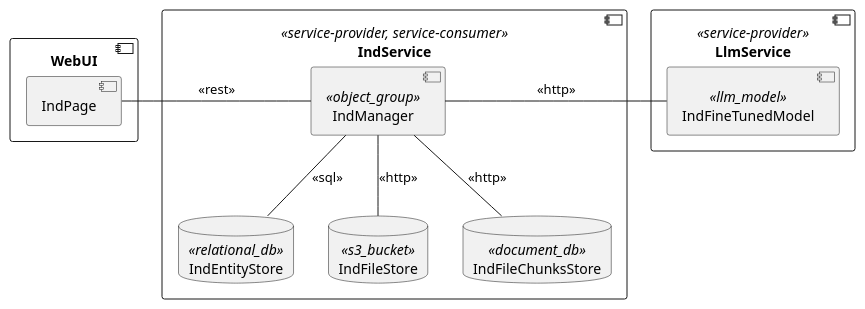
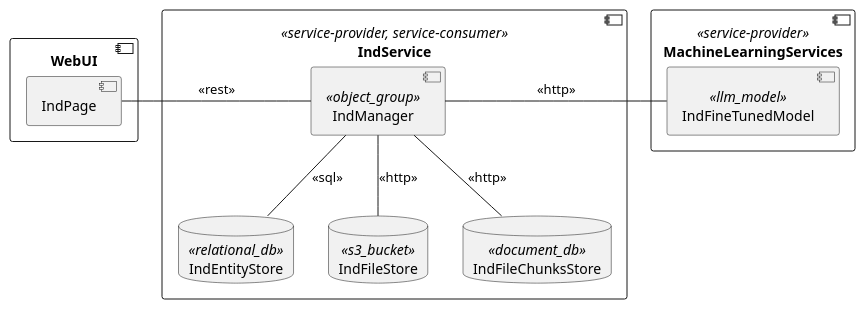
One commit to nruzic-rokolabs/dhc-synthesis-docs changed the sixth of 12 diagrams in architecture-description.adoc. Above: the diagram before and after it, drawn with PlantUML. The commit also changed other lines of this file, not shown here.

```diff
--- a/architecture-description.adoc
+++ b/architecture-description.adoc
@@ -360,27 +418,27 @@
 [plantuml]
 ....
 @startuml
 top to bottom direction
 
 component WebUI {
  component IndPage
 }
 
 component IndService <<service-provider, service-consumer>> {
  component IndManager<<object_group>>
  database IndEntityStore<<relational_db>>
  database IndFileStore<<s3_bucket>>
  database IndFileChunksStore<<document_db>>
 }
 
-component LlmService <<service-provider>> {
+component MachineLearningServices <<service-provider>> {
  component IndFineTunedModel<<llm_model>>
 }
 
 IndManager -l- IndPage :<<rest>>
 IndManager -r- IndFineTunedModel :<<http>>
 IndManager -d- IndEntityStore :<<sql>>
 IndManager -d- IndFileStore :<<http>>
 IndManager -d- IndFileChunksStore :<<http>>
 @enduml
 ....
```
